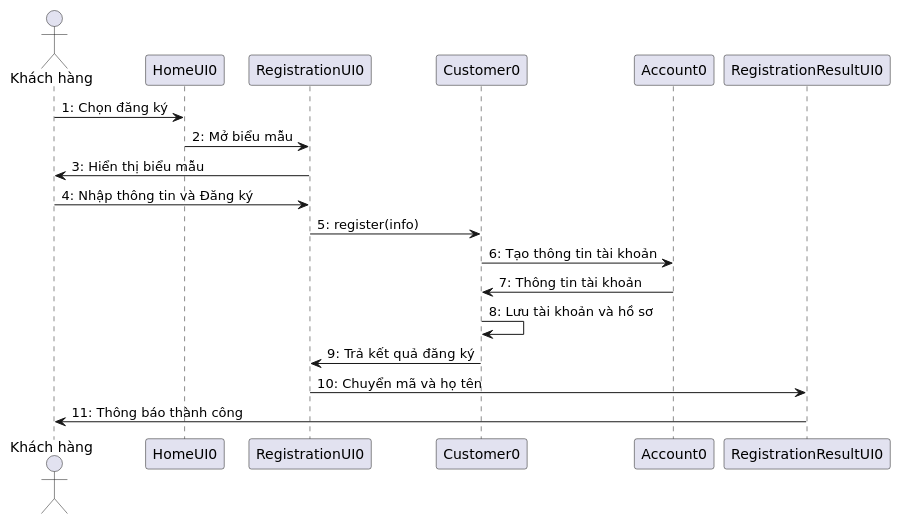
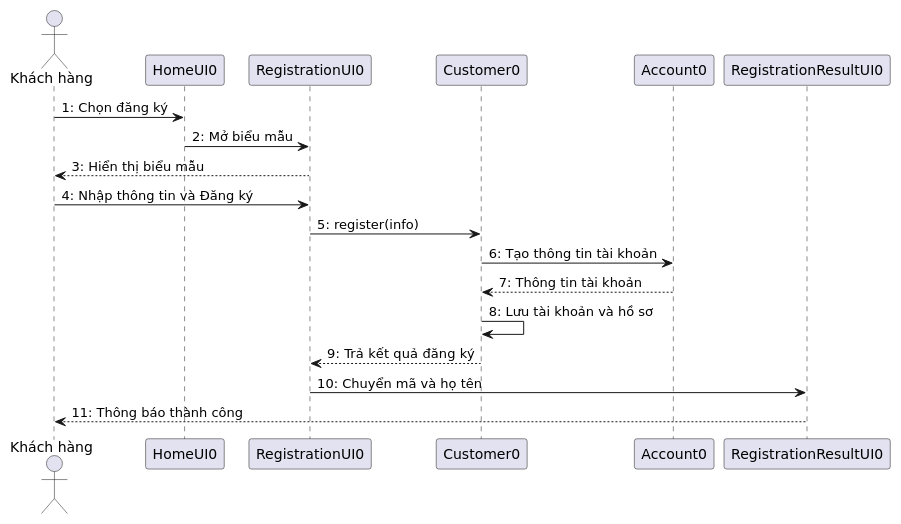
The diagram in uml/phan-tich/06a-registration-analysis-sequence.puml (tinhatinh/PTTK), drawn with PlantUML before and after one commit. The commit also changed 117 other files, not shown here.

Commit message:
Fix UML message semantics and finalize focused project delivery

```diff
--- a/uml/phan-tich/06a-registration-analysis-sequence.puml
+++ b/uml/phan-tich/06a-registration-analysis-sequence.puml
@@ -1,23 +1,23 @@
 @startuml 06a-registration-analysis-sequence
 skinparam defaultFontName DejaVu Sans
 skinparam shadowing false
 skinparam classAttributeIconSize 0
 hide empty members
 actor "Khách hàng" as A
 participant "HomeUI0" as H
 participant "RegistrationUI0" as F
 participant "Customer0" as C
 participant "Account0" as AC
 participant "RegistrationResultUI0" as R
 A -> H : 1: Chọn đăng ký
 H -> F : 2: Mở biểu mẫu
-F -> A : 3: Hiển thị biểu mẫu
+F --> A : 3: Hiển thị biểu mẫu
 A -> F : 4: Nhập thông tin và Đăng ký
 F -> C : 5: register(info)
 C -> AC : 6: Tạo thông tin tài khoản
-AC -> C : 7: Thông tin tài khoản
+AC --> C : 7: Thông tin tài khoản
 C -> C : 8: Lưu tài khoản và hồ sơ
-C -> F : 9: Trả kết quả đăng ký
+C --> F : 9: Trả kết quả đăng ký
 F -> R : 10: Chuyển mã và họ tên
-R -> A : 11: Thông báo thành công
+R --> A : 11: Thông báo thành công
 @enduml
```
